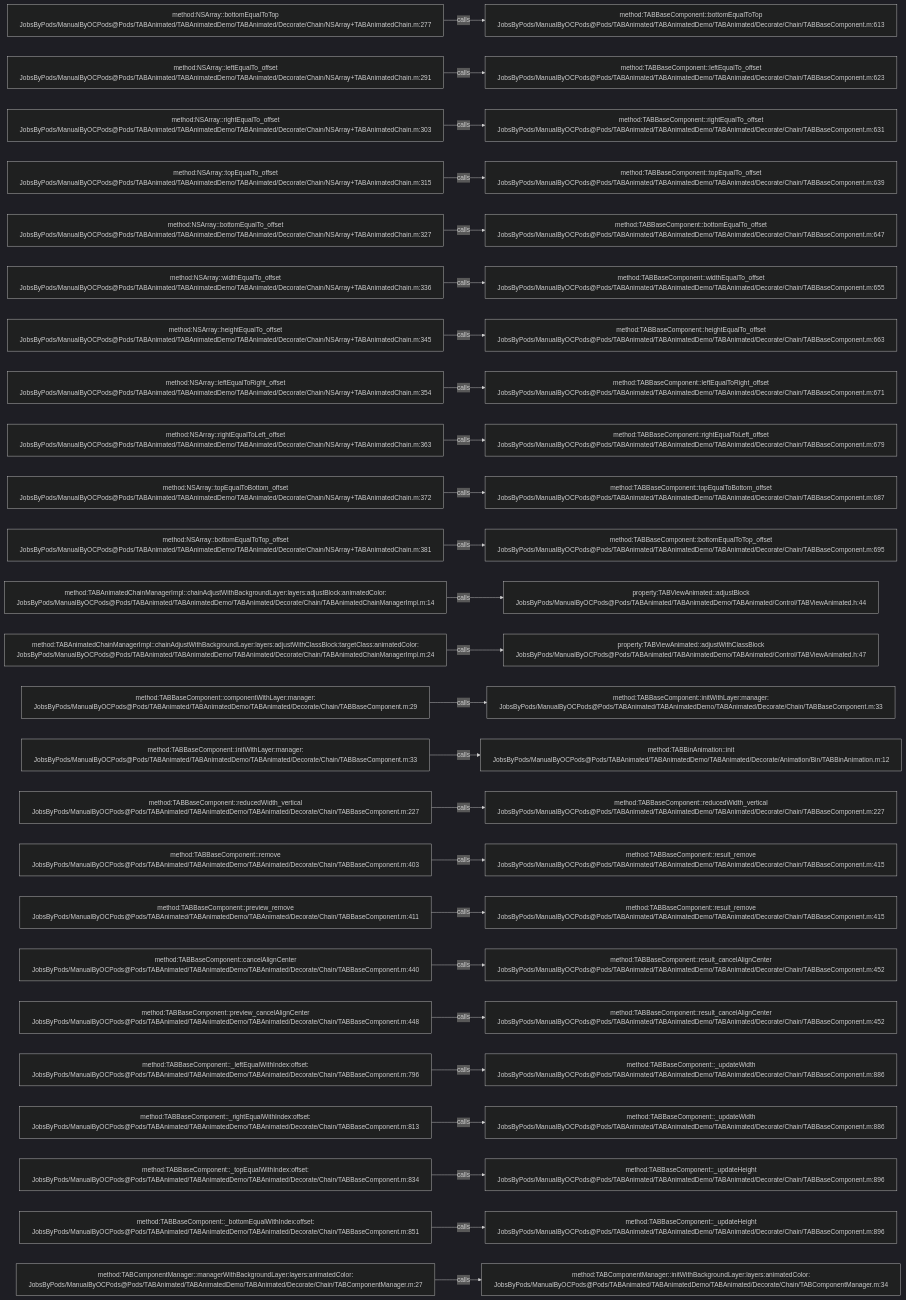
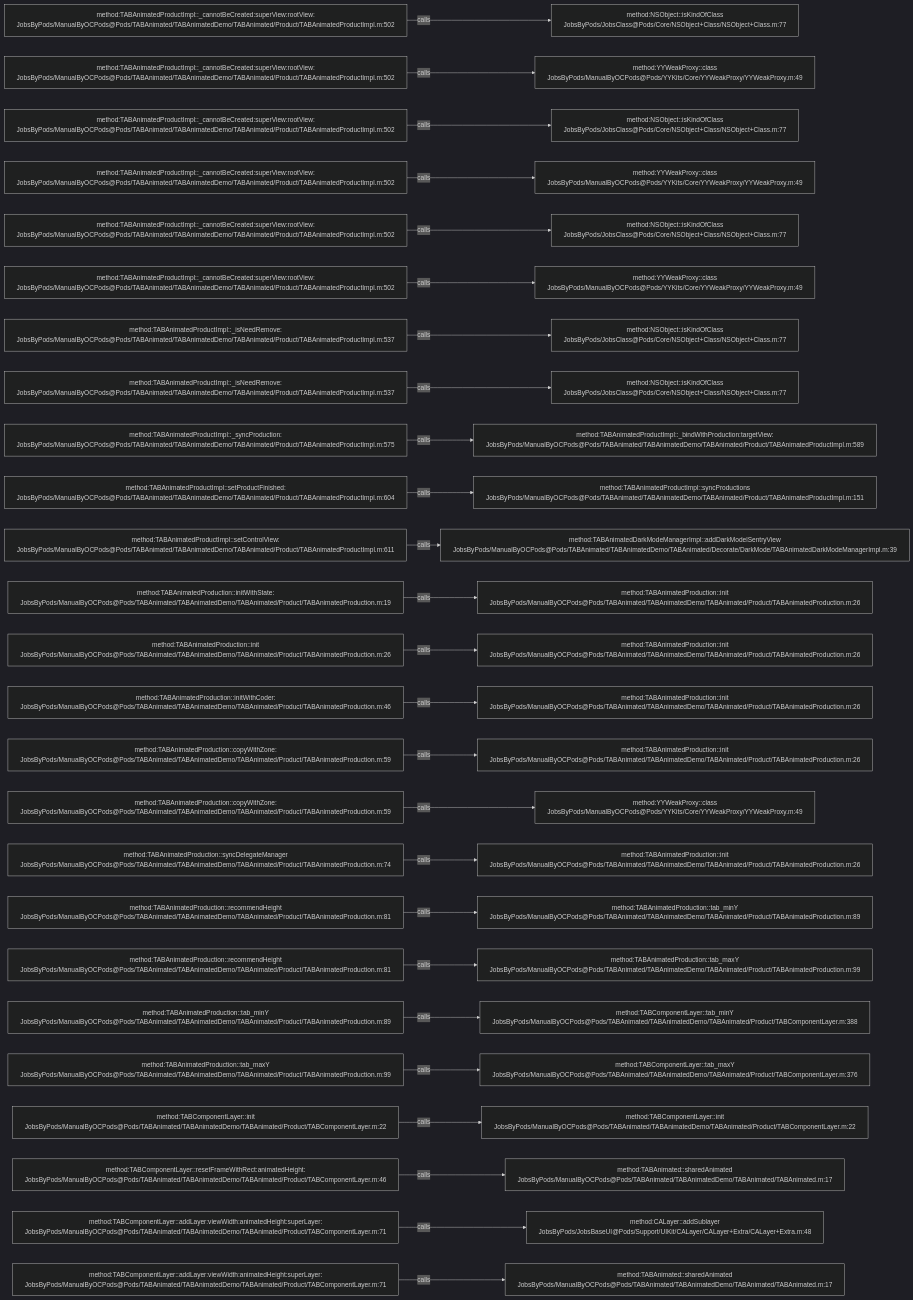
One commit to JobsKits/JobsOCBaseConfigDemo changed the diagram in .codegraph/codegraph.md/graphs/calls-039.md. Above: the diagram before and after it, drawn with Mermaid (dark theme). The commit also changed 1223 other files, not shown here.

````diff
--- a/.codegraph/codegraph.md/graphs/calls-039.md
+++ b/.codegraph/codegraph.md/graphs/calls-039.md
@@ -13,78 +13,78 @@
 ```mermaid
 flowchart LR
-  S1["method:NSArray::bottomEqualToTop<br/>JobsByPods/ManualByOCPods@Pods/TABAnimated/TABAnimatedDemo/TABAnimated/Decorate/Chain/NSArray+TABAnimatedChain.m:277"]
-  T1["method:TABBaseComponent::bottomEqualToTop<br/>JobsByPods/ManualByOCPods@Pods/TABAnimated/TABAnimatedDemo/TABAnimated/Decorate/Chain/TABBaseComponent.m:613"]
+  S1["method:TABAnimatedProductImpl::_cannotBeCreated:superView:rootView:<br/>JobsByPods/ManualByOCPods@Pods/TABAnimated/TABAnimatedDemo/TABAnimated/Product/TABAnimatedProductImpl.m:502"]
+  T1["method:NSObject::isKindOfClass<br/>JobsByPods/JobsClass@Pods/Core/NSObject+Class/NSObject+Class.m:77"]
   S1 -->|calls| T1
-  S2["method:NSArray::leftEqualTo_offset<br/>JobsByPods/ManualByOCPods@Pods/TABAnimated/TABAnimatedDemo/TABAnimated/Decorate/Chain/NSArray+TABAnimatedChain.m:291"]
-  T2["method:TABBaseComponent::leftEqualTo_offset<br/>JobsByPods/ManualByOCPods@Pods/TABAnimated/TABAnimatedDemo/TABAnimated/Decorate/Chain/TABBaseComponent.m:623"]
+  S2["method:TABAnimatedProductImpl::_cannotBeCreated:superView:rootView:<br/>JobsByPods/ManualByOCPods@Pods/TABAnimated/TABAnimatedDemo/TABAnimated/Product/TABAnimatedProductImpl.m:502"]
+  T2["method:YYWeakProxy::class<br/>JobsByPods/ManualByOCPods@Pods/YYKits/Core/YYWeakProxy/YYWeakProxy.m:49"]
   S2 -->|calls| T2
-  S3["method:NSArray::rightEqualTo_offset<br/>JobsByPods/ManualByOCPods@Pods/TABAnimated/TABAnimatedDemo/TABAnimated/Decorate/Chain/NSArray+TABAnimatedChain.m:303"]
-  T3["method:TABBaseComponent::rightEqualTo_offset<br/>JobsByPods/ManualByOCPods@Pods/TABAnimated/TABAnimatedDemo/TABAnimated/Decorate/Chain/TABBaseComponent.m:631"]
+  S3["method:TABAnimatedProductImpl::_cannotBeCreated:superView:rootView:<br/>JobsByPods/ManualByOCPods@Pods/TABAnimated/TABAnimatedDemo/TABAnimated/Product/TABAnimatedProductImpl.m:502"]
+  T3["method:NSObject::isKindOfClass<br/>JobsByPods/JobsClass@Pods/Core/NSObject+Class/NSObject+Class.m:77"]
   S3 -->|calls| T3
-  S4["method:NSArray::topEqualTo_offset<br/>JobsByPods/ManualByOCPods@Pods/TABAnimated/TABAnimatedDemo/TABAnimated/Decorate/Chain/NSArray+TABAnimatedChain.m:315"]
-  T4["method:TABBaseComponent::topEqualTo_offset<br/>JobsByPods/ManualByOCPods@Pods/TABAnimated/TABAnimatedDemo/TABAnimated/Decorate/Chain/TABBaseComponent.m:639"]
+  S4["method:TABAnimatedProductImpl::_cannotBeCreated:superView:rootView:<br/>JobsByPods/ManualByOCPods@Pods/TABAnimated/TABAnimatedDemo/TABAnimated/Product/TABAnimatedProductImpl.m:502"]
+  T4["method:YYWeakProxy::class<br/>JobsByPods/ManualByOCPods@Pods/YYKits/Core/YYWeakProxy/YYWeakProxy.m:49"]
   S4 -->|calls| T4
-  S5["method:NSArray::bottomEqualTo_offset<br/>JobsByPods/ManualByOCPods@Pods/TABAnimated/TABAnimatedDemo/TABAnimated/Decorate/Chain/NSArray+TABAnimatedChain.m:327"]
-  T5["method:TABBaseComponent::bottomEqualTo_offset<br/>JobsByPods/ManualByOCPods@Pods/TABAnimated/TABAnimatedDemo/TABAnimated/Decorate/Chain/TABBaseComponent.m:647"]
+  S5["method:TABAnimatedProductImpl::_cannotBeCreated:superView:rootView:<br/>JobsByPods/ManualByOCPods@Pods/TABAnimated/TABAnimatedDemo/TABAnimated/Product/TABAnimatedProductImpl.m:502"]
+  T5["method:NSObject::isKindOfClass<br/>JobsByPods/JobsClass@Pods/Core/NSObject+Class/NSObject+Class.m:77"]
   S5 -->|calls| T5
-  S6["method:NSArray::widthEqualTo_offset<br/>JobsByPods/ManualByOCPods@Pods/TABAnimated/TABAnimatedDemo/TABAnimated/Decorate/Chain/NSArray+TABAnimatedChain.m:336"]
-  T6["method:TABBaseComponent::widthEqualTo_offset<br/>JobsByPods/ManualByOCPods@Pods/TABAnimated/TABAnimatedDemo/TABAnimated/Decorate/Chain/TABBaseComponent.m:655"]
+  S6["method:TABAnimatedProductImpl::_cannotBeCreated:superView:rootView:<br/>JobsByPods/ManualByOCPods@Pods/TABAnimated/TABAnimatedDemo/TABAnimated/Product/TABAnimatedProductImpl.m:502"]
+  T6["method:YYWeakProxy::class<br/>JobsByPods/ManualByOCPods@Pods/YYKits/Core/YYWeakProxy/YYWeakProxy.m:49"]
   S6 -->|calls| T6
-  S7["method:NSArray::heightEqualTo_offset<br/>JobsByPods/ManualByOCPods@Pods/TABAnimated/TABAnimatedDemo/TABAnimated/Decorate/Chain/NSArray+TABAnimatedChain.m:345"]
-  T7["method:TABBaseComponent::heightEqualTo_offset<br/>JobsByPods/ManualByOCPods@Pods/TABAnimated/TABAnimatedDemo/TABAnimated/Decorate/Chain/TABBaseComponent.m:663"]
+  S7["method:TABAnimatedProductImpl::_isNeedRemove:<br/>JobsByPods/ManualByOCPods@Pods/TABAnimated/TABAnimatedDemo/TABAnimated/Product/TABAnimatedProductImpl.m:537"]
+  T7["method:NSObject::isKindOfClass<br/>JobsByPods/JobsClass@Pods/Core/NSObject+Class/NSObject+Class.m:77"]
   S7 -->|calls| T7
-  S8["method:NSArray::leftEqualToRight_offset<br/>JobsByPods/ManualByOCPods@Pods/TABAnimated/TABAnimatedDemo/TABAnimated/Decorate/Chain/NSArray+TABAnimatedChain.m:354"]
-  T8["method:TABBaseComponent::leftEqualToRight_offset<br/>JobsByPods/ManualByOCPods@Pods/TABAnimated/TABAnimatedDemo/TABAnimated/Decorate/Chain/TABBaseComponent.m:671"]
+  S8["method:TABAnimatedProductImpl::_isNeedRemove:<br/>JobsByPods/ManualByOCPods@Pods/TABAnimated/TABAnimatedDemo/TABAnimated/Product/TABAnimatedProductImpl.m:537"]
+  T8["method:NSObject::isKindOfClass<br/>JobsByPods/JobsClass@Pods/Core/NSObject+Class/NSObject+Class.m:77"]
   S8 -->|calls| T8
-  S9["method:NSArray::rightEqualToLeft_offset<br/>JobsByPods/ManualByOCPods@Pods/TABAnimated/TABAnimatedDemo/TABAnimated/Decorate/Chain/NSArray+TABAnimatedChain.m:363"]
-  T9["method:TABBaseComponent::rightEqualToLeft_offset<br/>JobsByPods/ManualByOCPods@Pods/TABAnimated/TABAnimatedDemo/TABAnimated/Decorate/Chain/TABBaseComponent.m:679"]
+  S9["method:TABAnimatedProductImpl::_syncProduction:<br/>JobsByPods/ManualByOCPods@Pods/TABAnimated/TABAnimatedDemo/TABAnimated/Product/TABAnimatedProductImpl.m:575"]
+  T9["method:TABAnimatedProductImpl::_bindWithProduction:targetView:<br/>JobsByPods/ManualByOCPods@Pods/TABAnimated/TABAnimatedDemo/TABAnimated/Product/TABAnimatedProductImpl.m:589"]
   S9 -->|calls| T9
-  S10["method:NSArray::topEqualToBottom_offset<br/>JobsByPods/ManualByOCPods@Pods/TABAnimated/TABAnimatedDemo/TABAnimated/Decorate/Chain/NSArray+TABAnimatedChain.m:372"]
-  T10["method:TABBaseComponent::topEqualToBottom_offset<br/>JobsByPods/ManualByOCPods@Pods/TABAnimated/TABAnimatedDemo/TABAnimated/Decorate/Chain/TABBaseComponent.m:687"]
+  S10["method:TABAnimatedProductImpl::setProductFinished:<br/>JobsByPods/ManualByOCPods@Pods/TABAnimated/TABAnimatedDemo/TABAnimated/Product/TABAnimatedProductImpl.m:604"]
+  T10["method:TABAnimatedProductImpl::syncProductions<br/>JobsByPods/ManualByOCPods@Pods/TABAnimated/TABAnimatedDemo/TABAnimated/Product/TABAnimatedProductImpl.m:151"]
   S10 -->|calls| T10
-  S11["method:NSArray::bottomEqualToTop_offset<br/>JobsByPods/ManualByOCPods@Pods/TABAnimated/TABAnimatedDemo/TABAnimated/Decorate/Chain/NSArray+TABAnimatedChain.m:381"]
-  T11["method:TABBaseComponent::bottomEqualToTop_offset<br/>JobsByPods/ManualByOCPods@Pods/TABAnimated/TABAnimatedDemo/TABAnimated/Decorate/Chain/TABBaseComponent.m:695"]
+  S11["method:TABAnimatedProductImpl::setControlView:<br/>JobsByPods/ManualByOCPods@Pods/TABAnimated/TABAnimatedDemo/TABAnimated/Product/TABAnimatedProductImpl.m:611"]
+  T11["method:TABAnimatedDarkModeManagerImpl::addDarkModelSentryView<br/>JobsByPods/ManualByOCPods@Pods/TABAnimated/TABAnimatedDemo/TABAnimated/Decorate/DarkMode/TABAnimatedDarkModeManagerImpl.m:39"]
   S11 -->|calls| T11
-  S12["method:TABAnimatedChainManagerImpl::chainAdjustWithBackgroundLayer:layers:adjustBlock:animatedColor:<br/>JobsByPods/ManualByOCPods@Pods/TABAnimated/TABAnimatedDemo/TABAnimated/Decorate/Chain/TABAnimatedChainManagerImpl.m:14"]
-  T12["property:TABViewAnimated::adjustBlock<br/>JobsByPods/ManualByOCPods@Pods/TABAnimated/TABAnimatedDemo/TABAnimated/Control/TABViewAnimated.h:44"]
+  S12["method:TABAnimatedProduction::initWithState:<br/>JobsByPods/ManualByOCPods@Pods/TABAnimated/TABAnimatedDemo/TABAnimated/Product/TABAnimatedProduction.m:19"]
+  T12["method:TABAnimatedProduction::init<br/>JobsByPods/ManualByOCPods@Pods/TABAnimated/TABAnimatedDemo/TABAnimated/Product/TABAnimatedProduction.m:26"]
   S12 -->|calls| T12
-  S13["method:TABAnimatedChainManagerImpl::chainAdjustWithBackgroundLayer:layers:adjustWithClassBlock:targetClass:animatedColor:<br/>JobsByPods/ManualByOCPods@Pods/TABAnimated/TABAnimatedDemo/TABAnimated/Decorate/Chain/TABAnimatedChainManagerImpl.m:24"]
-  T13["property:TABViewAnimated::adjustWithClassBlock<br/>JobsByPods/ManualByOCPods@Pods/TABAnimated/TABAnimatedDemo/TABAnimated/Control/TABViewAnimated.h:47"]
+  S13["method:TABAnimatedProduction::init<br/>JobsByPods/ManualByOCPods@Pods/TABAnimated/TABAnimatedDemo/TABAnimated/Product/TABAnimatedProduction.m:26"]
+  T13["method:TABAnimatedProduction::init<br/>JobsByPods/ManualByOCPods@Pods/TABAnimated/TABAnimatedDemo/TABAnimated/Product/TABAnimatedProduction.m:26"]
   S13 -->|calls| T13
-  S14["method:TABBaseComponent::componentWithLayer:manager:<br/>JobsByPods/ManualByOCPods@Pods/TABAnimated/TABAnimatedDemo/TABAnimated/Decorate/Chain/TABBaseComponent.m:29"]
-  T14["method:TABBaseComponent::initWithLayer:manager:<br/>JobsByPods/ManualByOCPods@Pods/TABAnimated/TABAnimatedDemo/TABAnimated/Decorate/Chain/TABBaseComponent.m:33"]
+  S14["method:TABAnimatedProduction::initWithCoder:<br/>JobsByPods/ManualByOCPods@Pods/TABAnimated/TABAnimatedDemo/TABAnimated/Product/TABAnimatedProduction.m:46"]
+  T14["method:TABAnimatedProduction::init<br/>JobsByPods/ManualByOCPods@Pods/TABAnimated/TABAnimatedDemo/TABAnimated/Product/TABAnimatedProduction.m:26"]
   S14 -->|calls| T14
-  S15["method:TABBaseComponent::initWithLayer:manager:<br/>JobsByPods/ManualByOCPods@Pods/TABAnimated/TABAnimatedDemo/TABAnimated/Decorate/Chain/TABBaseComponent.m:33"]
-  T15["method:TABBinAnimation::init<br/>JobsByPods/ManualByOCPods@Pods/TABAnimated/TABAnimatedDemo/TABAnimated/Decorate/Animation/Bin/TABBinAnimation.m:12"]
+  S15["method:TABAnimatedProduction::copyWithZone:<br/>JobsByPods/ManualByOCPods@Pods/TABAnimated/TABAnimatedDemo/TABAnimated/Product/TABAnimatedProduction.m:59"]
+  T15["method:TABAnimatedProduction::init<br/>JobsByPods/ManualByOCPods@Pods/TABAnimated/TABAnimatedDemo/TABAnimated/Product/TABAnimatedProduction.m:26"]
   S15 -->|calls| T15
-  S16["method:TABBaseComponent::reducedWidth_vertical<br/>JobsByPods/ManualByOCPods@Pods/TABAnimated/TABAnimatedDemo/TABAnimated/Decorate/Chain/TABBaseComponent.m:227"]
-  T16["method:TABBaseComponent::reducedWidth_vertical<br/>JobsByPods/ManualByOCPods@Pods/TABAnimated/TABAnimatedDemo/TABAnimated/Decorate/Chain/TABBaseComponent.m:227"]
+  S16["method:TABAnimatedProduction::copyWithZone:<br/>JobsByPods/ManualByOCPods@Pods/TABAnimated/TABAnimatedDemo/TABAnimated/Product/TABAnimatedProduction.m:59"]
+  T16["method:YYWeakProxy::class<br/>JobsByPods/ManualByOCPods@Pods/YYKits/Core/YYWeakProxy/YYWeakProxy.m:49"]
   S16 -->|calls| T16
-  S17["method:TABBaseComponent::remove<br/>JobsByPods/ManualByOCPods@Pods/TABAnimated/TABAnimatedDemo/TABAnimated/Decorate/Chain/TABBaseComponent.m:403"]
-  T17["method:TABBaseComponent::result_remove<br/>JobsByPods/ManualByOCPods@Pods/TABAnimated/TABAnimatedDemo/TABAnimated/Decorate/Chain/TABBaseComponent.m:415"]
+  S17["method:TABAnimatedProduction::syncDelegateManager<br/>JobsByPods/ManualByOCPods@Pods/TABAnimated/TABAnimatedDemo/TABAnimated/Product/TABAnimatedProduction.m:74"]
+  T17["method:TABAnimatedProduction::init<br/>JobsByPods/ManualByOCPods@Pods/TABAnimated/TABAnimatedDemo/TABAnimated/Product/TABAnimatedProduction.m:26"]
   S17 -->|calls| T17
-  S18["method:TABBaseComponent::preview_remove<br/>JobsByPods/ManualByOCPods@Pods/TABAnimated/TABAnimatedDemo/TABAnimated/Decorate/Chain/TABBaseComponent.m:411"]
-  T18["method:TABBaseComponent::result_remove<br/>JobsByPods/ManualByOCPods@Pods/TABAnimated/TABAnimatedDemo/TABAnimated/Decorate/Chain/TABBaseComponent.m:415"]
+  S18["method:TABAnimatedProduction::recommendHeight<br/>JobsByPods/ManualByOCPods@Pods/TABAnimated/TABAnimatedDemo/TABAnimated/Product/TABAnimatedProduction.m:81"]
+  T18["method:TABAnimatedProduction::tab_minY<br/>JobsByPods/ManualByOCPods@Pods/TABAnimated/TABAnimatedDemo/TABAnimated/Product/TABAnimatedProduction.m:89"]
   S18 -->|calls| T18
-  S19["method:TABBaseComponent::cancelAlignCenter<br/>JobsByPods/ManualByOCPods@Pods/TABAnimated/TABAnimatedDemo/TABAnimated/Decorate/Chain/TABBaseComponent.m:440"]
-  T19["method:TABBaseComponent::result_cancelAlignCenter<br/>JobsByPods/ManualByOCPods@Pods/TABAnimated/TABAnimatedDemo/TABAnimated/Decorate/Chain/TABBaseComponent.m:452"]
+  S19["method:TABAnimatedProduction::recommendHeight<br/>JobsByPods/ManualByOCPods@Pods/TABAnimated/TABAnimatedDemo/TABAnimated/Product/TABAnimatedProduction.m:81"]
+  T19["method:TABAnimatedProduction::tab_maxY<br/>JobsByPods/ManualByOCPods@Pods/TABAnimated/TABAnimatedDemo/TABAnimated/Product/TABAnimatedProduction.m:99"]
   S19 -->|calls| T19
-  S20["method:TABBaseComponent::preview_cancelAlignCenter<br/>JobsByPods/ManualByOCPods@Pods/TABAnimated/TABAnimatedDemo/TABAnimated/Decorate/Chain/TABBaseComponent.m:448"]
-  T20["method:TABBaseComponent::result_cancelAlignCenter<br/>JobsByPods/ManualByOCPods@Pods/TABAnimated/TABAnimatedDemo/TABAnimated/Decorate/Chain/TABBaseComponent.m:452"]
+  S20["method:TABAnimatedProduction::tab_minY<br/>JobsByPods/ManualByOCPods@Pods/TABAnimated/TABAnimatedDemo/TABAnimated/Product/TABAnimatedProduction.m:89"]
+  T20["method:TABComponentLayer::tab_minY<br/>JobsByPods/ManualByOCPods@Pods/TABAnimated/TABAnimatedDemo/TABAnimated/Product/TABComponentLayer.m:388"]
   S20 -->|calls| T20
-  S21["method:TABBaseComponent::_leftEqualWithIndex:offset:<br/>JobsByPods/ManualByOCPods@Pods/TABAnimated/TABAnimatedDemo/TABAnimated/Decorate/Chain/TABBaseComponent.m:796"]
-  T21["method:TABBaseComponent::_updateWidth<br/>JobsByPods/ManualByOCPods@Pods/TABAnimated/TABAnimatedDemo/TABAnimated/Decorate/Chain/TABBaseComponent.m:886"]
+  S21["method:TABAnimatedProduction::tab_maxY<br/>JobsByPods/ManualByOCPods@Pods/TABAnimated/TABAnimatedDemo/TABAnimated/Product/TABAnimatedProduction.m:99"]
+  T21["method:TABComponentLayer::tab_maxY<br/>JobsByPods/ManualByOCPods@Pods/TABAnimated/TABAnimatedDemo/TABAnimated/Product/TABComponentLayer.m:376"]
   S21 -->|calls| T21
-  S22["method:TABBaseComponent::_rightEqualWithIndex:offset:<br/>JobsByPods/ManualByOCPods@Pods/TABAnimated/TABAnimatedDemo/TABAnimated/Decorate/Chain/TABBaseComponent.m:813"]
-  T22["method:TABBaseComponent::_updateWidth<br/>JobsByPods/ManualByOCPods@Pods/TABAnimated/TABAnimatedDemo/TABAnimated/Decorate/Chain/TABBaseComponent.m:886"]
+  S22["method:TABComponentLayer::init<br/>JobsByPods/ManualByOCPods@Pods/TABAnimated/TABAnimatedDemo/TABAnimated/Product/TABComponentLayer.m:22"]
+  T22["method:TABComponentLayer::init<br/>JobsByPods/ManualByOCPods@Pods/TABAnimated/TABAnimatedDemo/TABAnimated/Product/TABComponentLayer.m:22"]
   S22 -->|calls| T22
-  S23["method:TABBaseComponent::_topEqualWithIndex:offset:<br/>JobsByPods/ManualByOCPods@Pods/TABAnimated/TABAnimatedDemo/TABAnimated/Decorate/Chain/TABBaseComponent.m:834"]
-  T23["method:TABBaseComponent::_updateHeight<br/>JobsByPods/ManualByOCPods@Pods/TABAnimated/TABAnimatedDemo/TABAnimated/Decorate/Chain/TABBaseComponent.m:896"]
+  S23["method:TABComponentLayer::resetFrameWithRect:animatedHeight:<br/>JobsByPods/ManualByOCPods@Pods/TABAnimated/TABAnimatedDemo/TABAnimated/Product/TABComponentLayer.m:46"]
+  T23["method:TABAnimated::sharedAnimated<br/>JobsByPods/ManualByOCPods@Pods/TABAnimated/TABAnimatedDemo/TABAnimated/TABAnimated.m:17"]
   S23 -->|calls| T23
-  S24["method:TABBaseComponent::_bottomEqualWithIndex:offset:<br/>JobsByPods/ManualByOCPods@Pods/TABAnimated/TABAnimatedDemo/TABAnimated/Decorate/Chain/TABBaseComponent.m:851"]
-  T24["method:TABBaseComponent::_updateHeight<br/>JobsByPods/ManualByOCPods@Pods/TABAnimated/TABAnimatedDemo/TABAnimated/Decorate/Chain/TABBaseComponent.m:896"]
+  S24["method:TABComponentLayer::addLayer:viewWidth:animatedHeight:superLayer:<br/>JobsByPods/ManualByOCPods@Pods/TABAnimated/TABAnimatedDemo/TABAnimated/Product/TABComponentLayer.m:71"]
+  T24["method:CALayer::addSublayer<br/>JobsByPods/JobsBaseUI@Pods/Support/UIKit/CALayer/CALayer+Extra/CALayer+Extra.m:48"]
   S24 -->|calls| T24
-  S25["method:TABComponentManager::managerWithBackgroundLayer:layers:animatedColor:<br/>JobsByPods/ManualByOCPods@Pods/TABAnimated/TABAnimatedDemo/TABAnimated/Decorate/Chain/TABComponentManager.m:27"]
-  T25["method:TABComponentManager::initWithBackgroundLayer:layers:animatedColor:<br/>JobsByPods/ManualByOCPods@Pods/TABAnimated/TABAnimatedDemo/TABAnimated/Decorate/Chain/TABComponentManager.m:34"]
+  S25["method:TABComponentLayer::addLayer:viewWidth:animatedHeight:superLayer:<br/>JobsByPods/ManualByOCPods@Pods/TABAnimated/TABAnimatedDemo/TABAnimated/Product/TABComponentLayer.m:71"]
+  T25["method:TABAnimated::sharedAnimated<br/>JobsByPods/ManualByOCPods@Pods/TABAnimated/TABAnimatedDemo/TABAnimated/TABAnimated.m:17"]
   S25 -->|calls| T25
 ```
````
